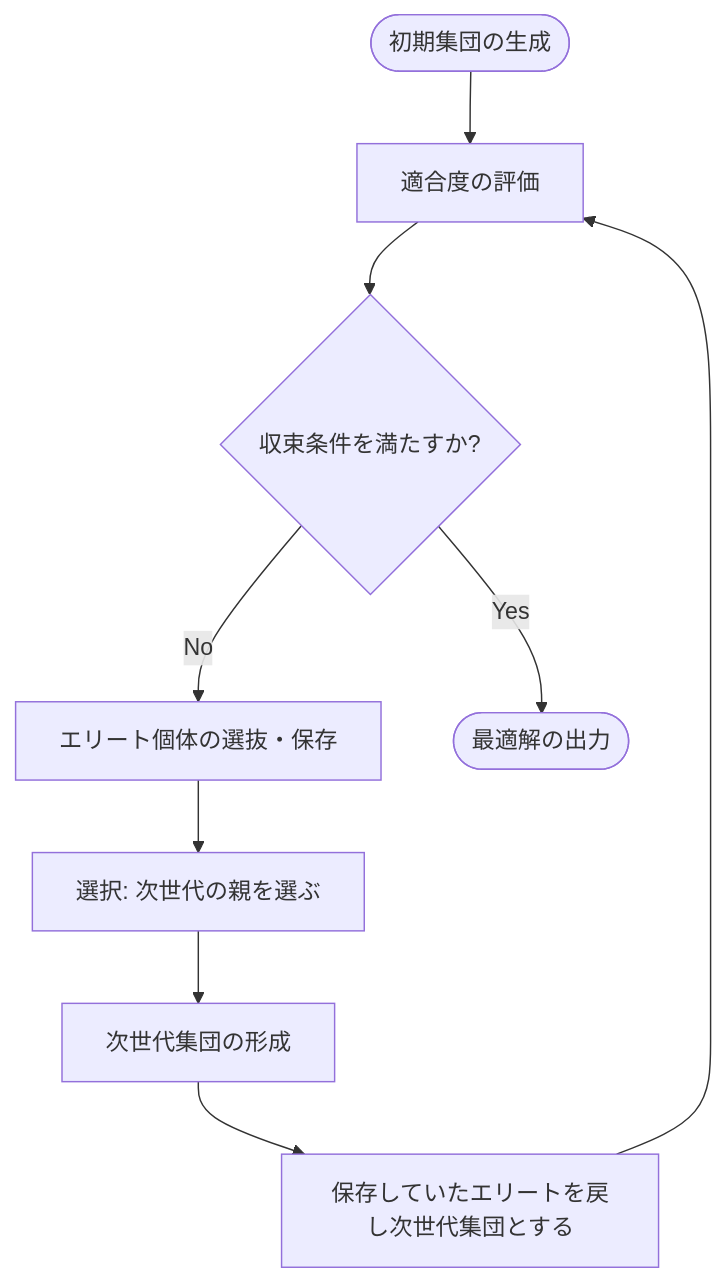
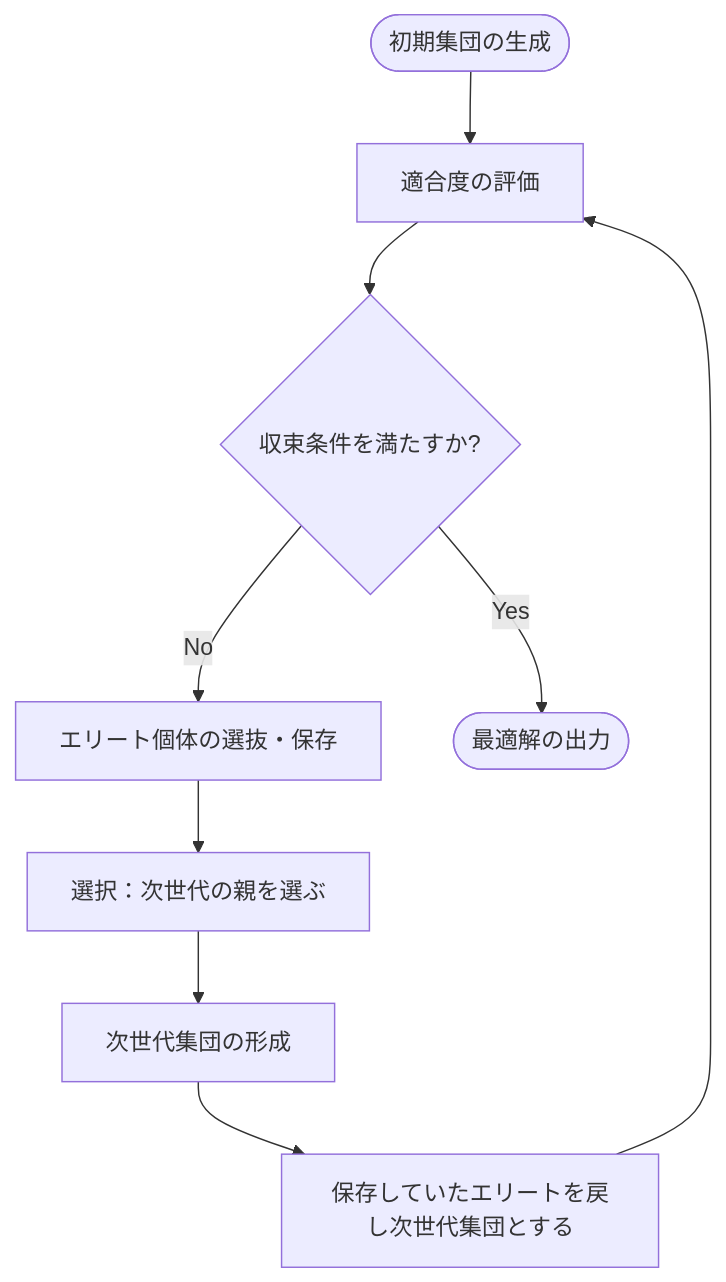
Before and after one commit to GooBitGitKome/my-portfolio: the third of 4 diagrams in docs/Optimization/Genetic Algorithm in Python.md, drawn with Mermaid.

Commit message:
modify mermaid codes

````diff
--- a/docs/Optimization/Genetic Algorithm in Python.md
+++ b/docs/Optimization/Genetic Algorithm in Python.md
@@ -143,11 +143,11 @@
 ```mermaid
 graph TD
     Start([初期集団の生成]) --> Eval[適合度の評価]
     Eval --> Stop{収束条件を満たすか?}
     Stop -- No --> Elite[エリート個体の選抜・保存]
     Stop -- Yes --> End([最適解の出力])
-    Elite --> Select[選択: 次世代の親を選ぶ]
+    Elite --> Select[選択：次世代の親を選ぶ]
     Select --> Replace[次世代集団の形成]
     Replace --> Recover[保存していたエリートを戻し次世代集団とする]
     Recover --> Eval
 ```
````
